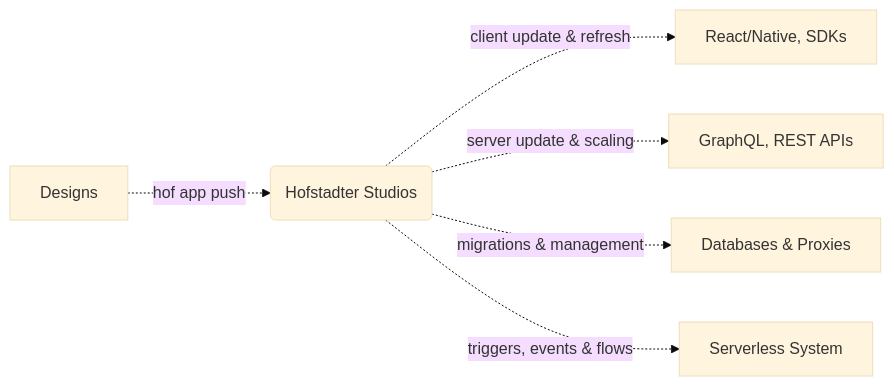
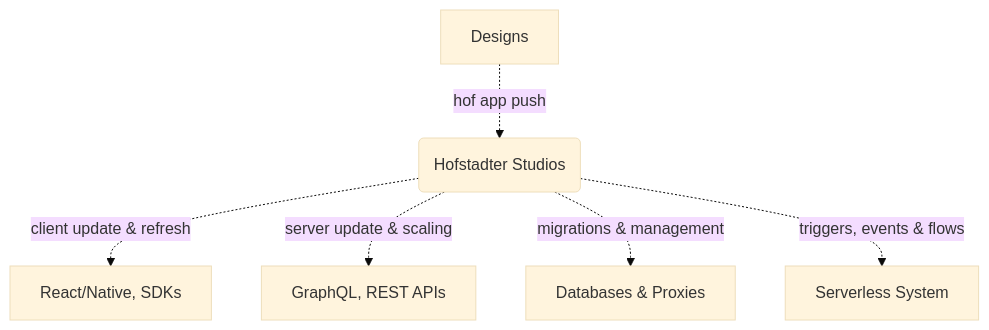
The diagram in content/_index.md (hofstadter-io/studios-docs), drawn with Mermaid (base theme) before and after one commit. The commit also changed other lines of this file and 15 other files, not shown here.

Commit message:
change date format, rotate diagram, edit some landing content

```diff
--- a/content/_index.md
+++ b/content/_index.md
@@ -45,8 +56,8 @@
 {{<mermaid align="left">}}
-graph LR;
+graph TB;
     Designs -.->|hof app push| H(Hofstadter Studios)
     H -.->|client update & refresh| C[React/Native, SDKs]
     H -.->|server update & scaling| S[GraphQL, REST APIs]
     H -.->|migrations & management| DB[Databases & Proxies]
     H -.->|triggers, events & flows| SS[Serverless System]
 {{< /mermaid >}}
```
